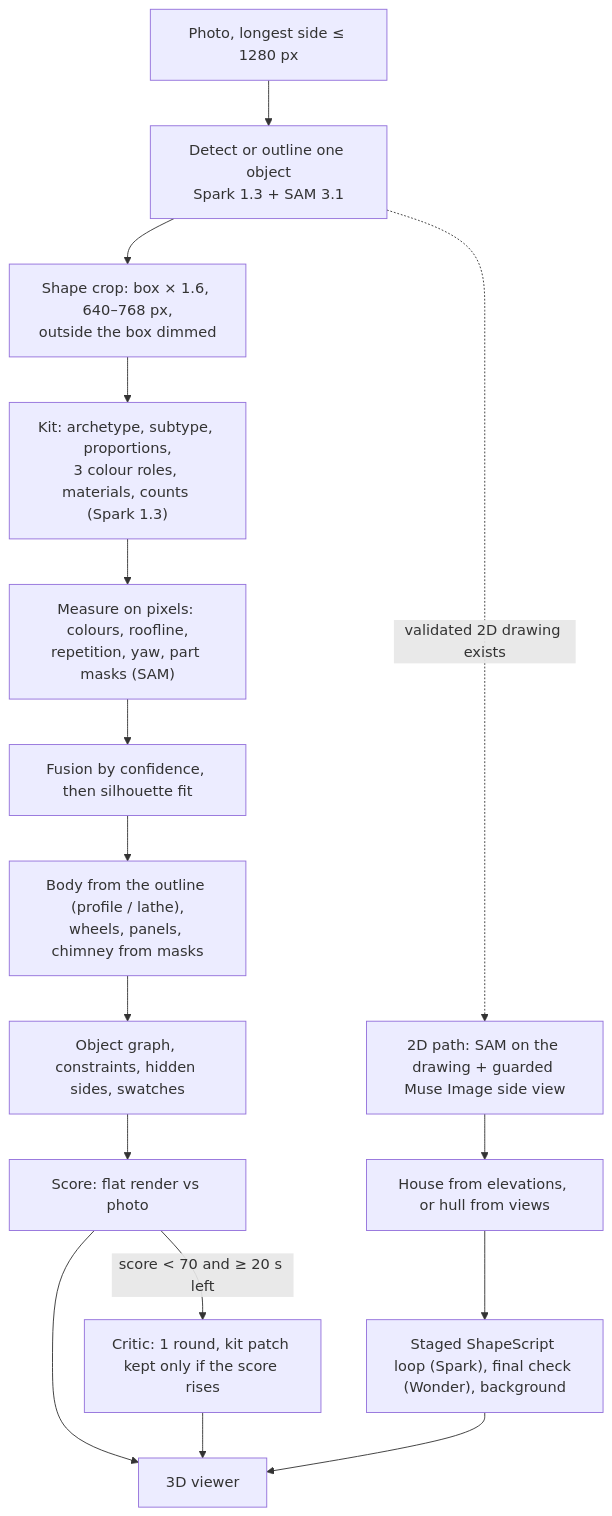
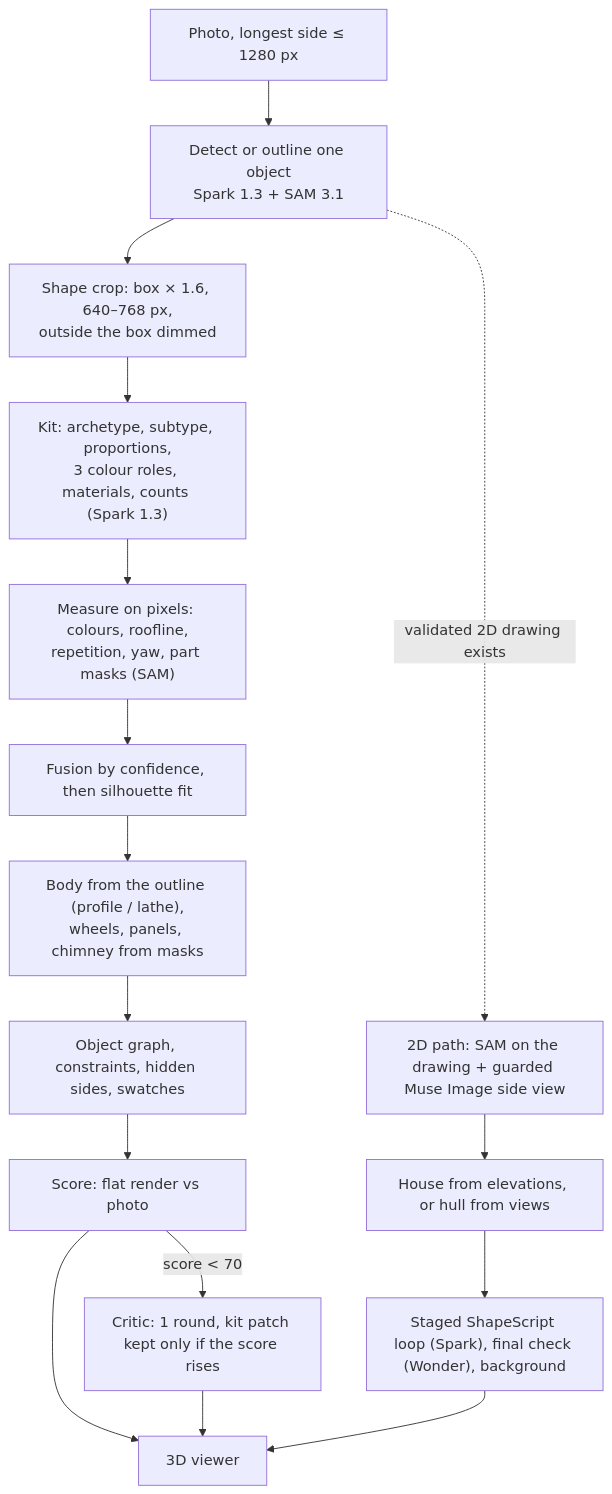
Before and after one commit to Tokiarivelo/mitsinjo-grid-vr: the diagram in docs/vision-to-3d-methodology.md, drawn with Mermaid. The commit also changed other lines of this file and 12 other files, not shown here.

````diff
--- a/docs/vision-to-3d-methodology.md
+++ b/docs/vision-to-3d-methodology.md
@@ -41,18 +43,18 @@
 ```mermaid
 flowchart TD
     P["Photo, longest side ≤ 1280 px"] --> D["Detect or outline one object<br/>Spark 1.3 + SAM 3.1"]
     D --> C["Shape crop: box × 1.6, 640–768 px,<br/>outside the box dimmed"]
     C --> K["Kit: archetype, subtype, proportions,<br/>3 colour roles, materials, counts (Spark 1.3)"]
     K --> M["Measure on pixels: colours, roofline,<br/>repetition, yaw, part masks (SAM)"]
     M --> F["Fusion by confidence, then silhouette fit"]
     F --> B["Body from the outline (profile / lathe),<br/>wheels, panels, chimney from masks"]
     B --> G["Object graph, constraints, hidden sides, swatches"]
     G --> S["Score: flat render vs photo"]
-    S -->|"score < 70 and ≥ 20 s left"| R["Critic: 1 round, kit patch kept only if the score rises"]
+    S -->|"score < 70"| R["Critic: 1 round, kit patch kept only if the score rises"]
     S --> V["3D viewer"]
     R --> V
     D -.->|"validated 2D drawing exists"| E["2D path: SAM on the drawing + guarded Muse Image side view"]
     E --> H["House from elevations, or hull from views"]
     H --> L["Staged ShapeScript loop (Spark), final check (Wonder), background"]
     L --> V
 ```
````
